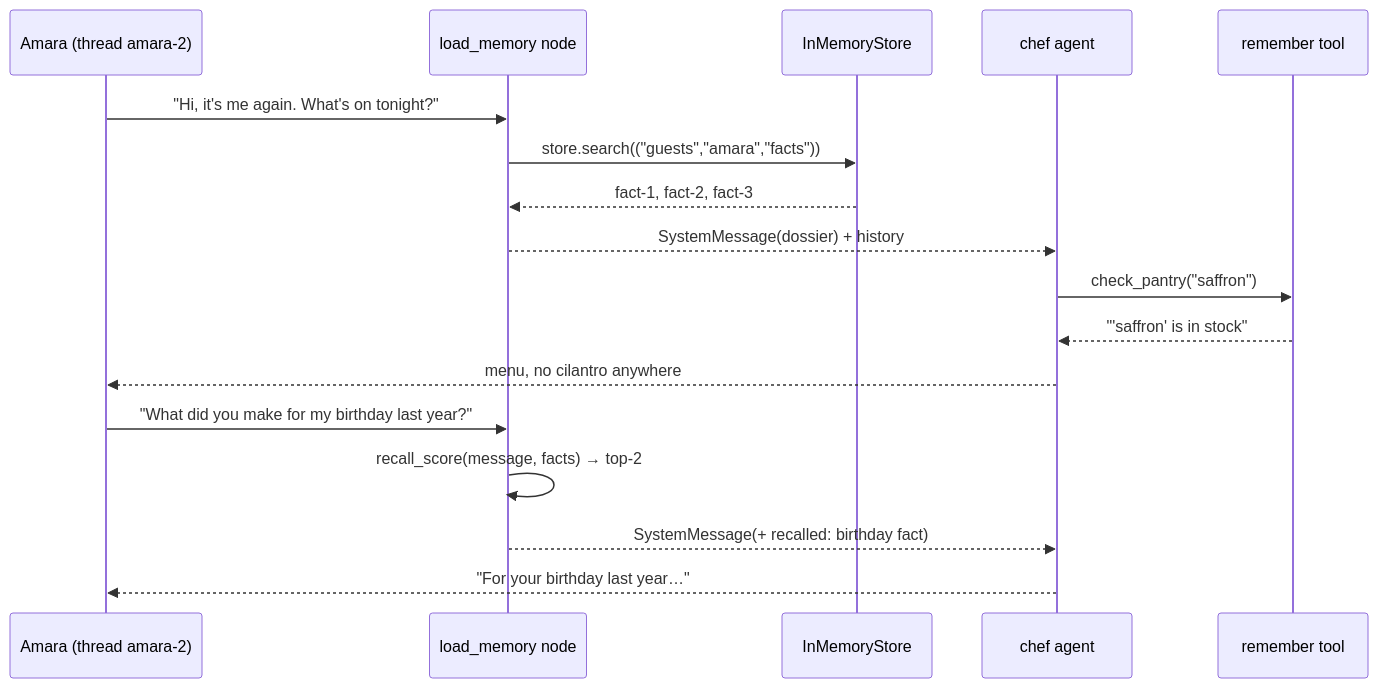
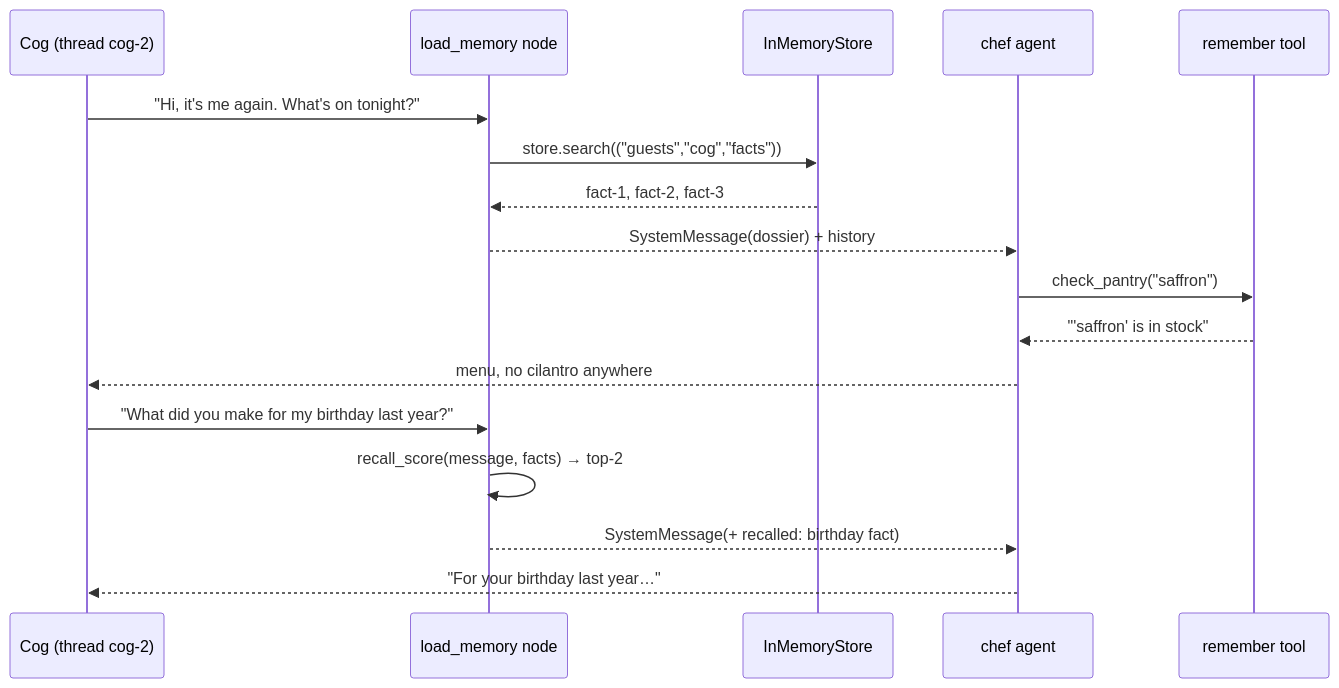
One commit to CogKnowEdge-Solutions/Orchestration changed the third of 3 diagrams in Langchain-Labs/Lab11(Advanced)/lab-long-term-memory.md. Above: the diagram before and after it, drawn with Mermaid. The commit also changed other lines of this file and 1 other file, not shown here.

Commit message:
Lab 11: standardize character names — Amara→Cog, Bob→Node (from CogKnowEdge)

````diff
--- a/Langchain-Labs/Lab11(Advanced)/lab-long-term-memory.md
+++ b/Langchain-Labs/Lab11(Advanced)/lab-long-term-memory.md
@@ -221,19 +221,19 @@
 ```mermaid
 sequenceDiagram
-    participant U as Amara (thread amara-2)
+    participant U as Cog (thread cog-2)
     participant L as load_memory node
     participant S as InMemoryStore
     participant C as chef agent
     participant T as remember tool
     U->>L: "Hi, it's me again. What's on tonight?"
-    L->>S: store.search(("guests","amara","facts"))
+    L->>S: store.search(("guests","cog","facts"))
     S-->>L: fact-1, fact-2, fact-3
     L-->>C: SystemMessage(dossier) + history
     C->>T: check_pantry("saffron")
     T-->>C: "'saffron' is in stock"
     C-->>U: menu, no cilantro anywhere
     U->>L: "What did you make for my birthday last year?"
     L->>L: recall_score(message, facts) → top-2
     L-->>C: SystemMessage(+ recalled: birthday fact)
     C-->>U: "For your birthday last year…"
 ```
````
